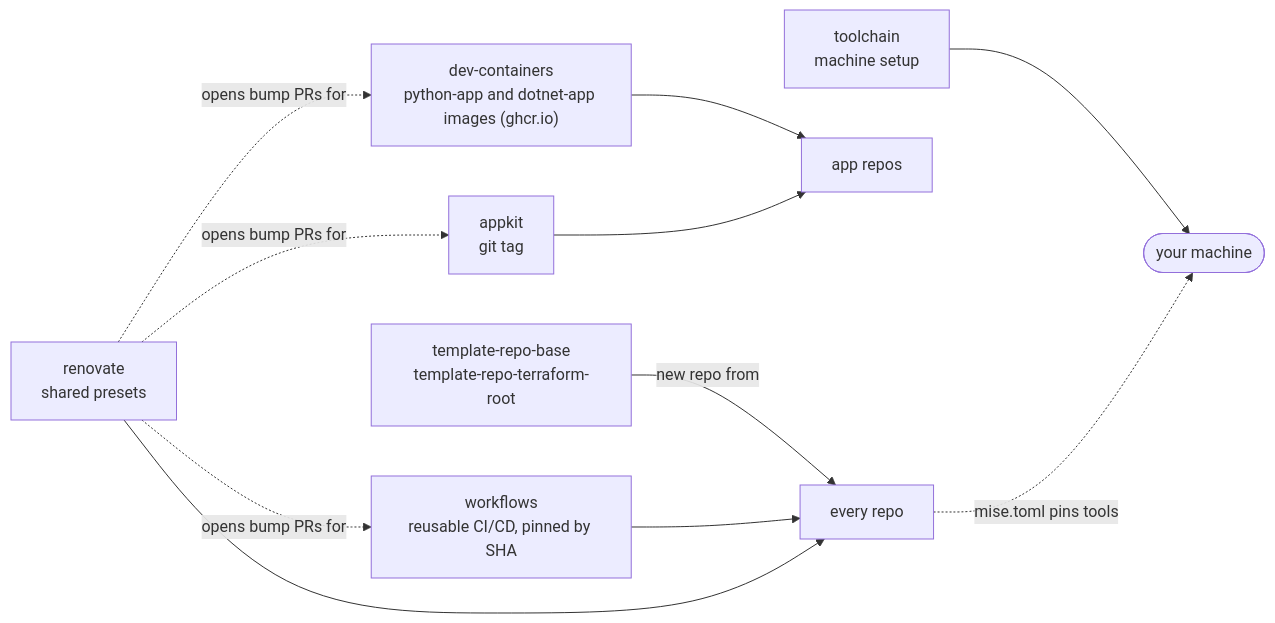
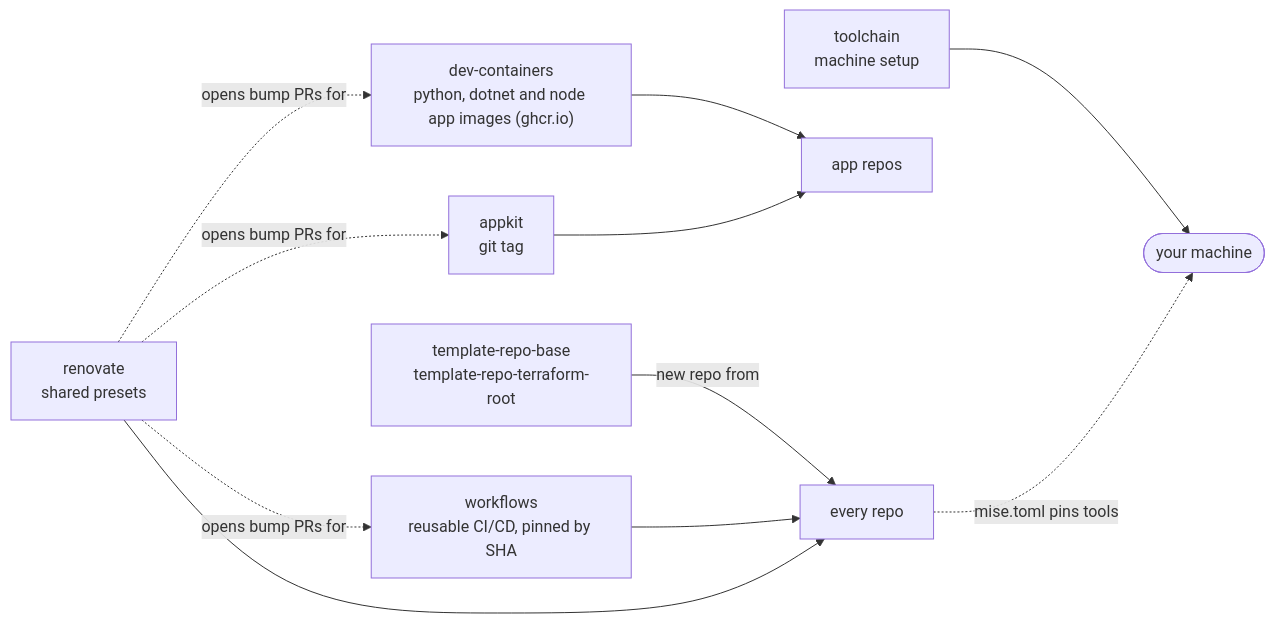
One commit to jay-withers/factory changed the seventh of 11 diagrams in docs/architecture.md. Above: the diagram before and after it, drawn with Mermaid. The commit also changed other lines of this file and 2 other files, not shown here.

First line of the commit message:
docs: Node apps take node from dev-containers' node-app (#83)

````diff
--- a/docs/architecture.md
+++ b/docs/architecture.md
@@ -343,13 +343,13 @@
 ```mermaid
 flowchart LR
   tmpl["template-repo-base<br/>template-repo-terraform-root"] -- "new repo from" --> repo["every repo"]
   wf["workflows<br/>reusable CI/CD, pinned by SHA"] --> repo
   ren["renovate<br/>shared presets"] --> repo
-  dc["dev-containers<br/>python-app and dotnet-app images (ghcr.io)"] --> apps["app repos"]
+  dc["dev-containers<br/>python, dotnet and node app images (ghcr.io)"] --> apps["app repos"]
   ak["appkit<br/>git tag"] --> apps
   tc["toolchain<br/>machine setup"] --> laptop(["your machine"])
   repo -. "mise.toml pins tools" .-> laptop
   ren -. "opens bump PRs for" .-> wf
   ren -. "opens bump PRs for" .-> dc
   ren -. "opens bump PRs for" .-> ak
 ```
````
